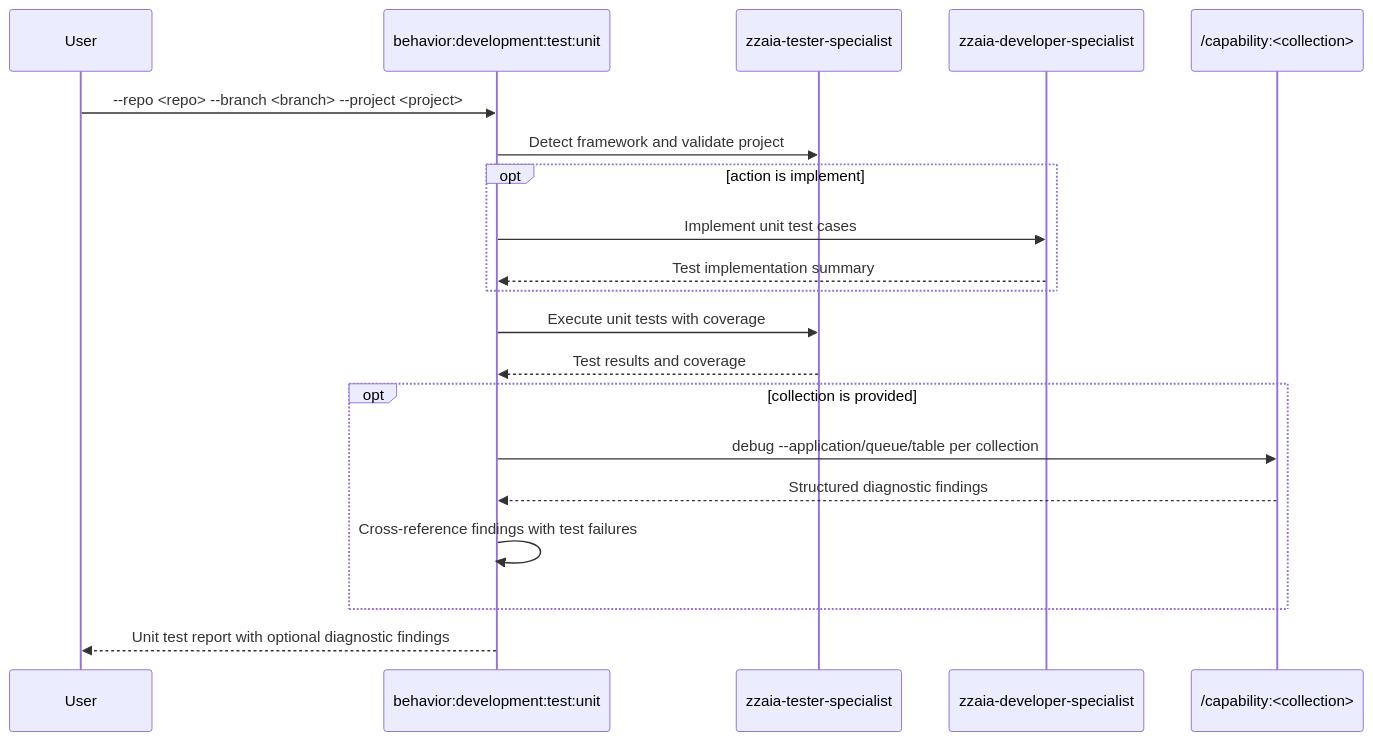
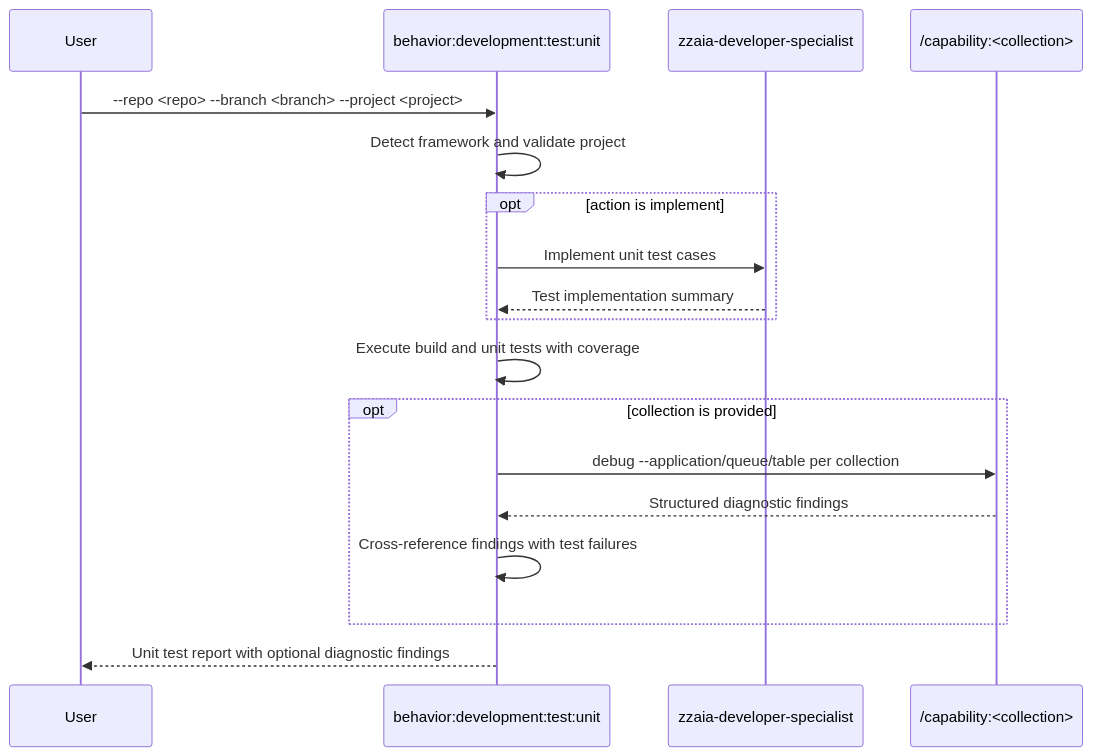
The diagram in .claude/commands/behavior/development/test/unit/SKILL.md (zzaia/zzaia-agentic-workspace), drawn with Mermaid before and after one commit. The commit also changed other lines of this file and 5 other files, not shown here.

````diff
--- a/.claude/commands/behavior/development/test/unit/SKILL.md
+++ b/.claude/commands/behavior/development/test/unit/SKILL.md
@@ -91,23 +86,21 @@
 ```mermaid
 sequenceDiagram
     participant U as User
     participant C as behavior:development:test:unit
-    participant TS as zzaia-tester-specialist
     participant DS as zzaia-developer-specialist
     participant SRC as /capability:<collection>
 
     U->>C: --repo <repo> --branch <branch> --project <project>
-    C->>TS: Detect framework and validate project
+    C->>C: Detect framework and validate project
     opt action is implement
         C->>DS: Implement unit test cases
         DS-->>C: Test implementation summary
     end
-    C->>TS: Execute unit tests with coverage
-    TS-->>C: Test results and coverage
+    C->>C: Execute build and unit tests with coverage
     opt collection is provided
         C->>SRC: debug --application/queue/table per collection
         SRC-->>C: Structured diagnostic findings
         C->>C: Cross-reference findings with test failures
     end
     C-->>U: Unit test report with optional diagnostic findings
 ```
````
